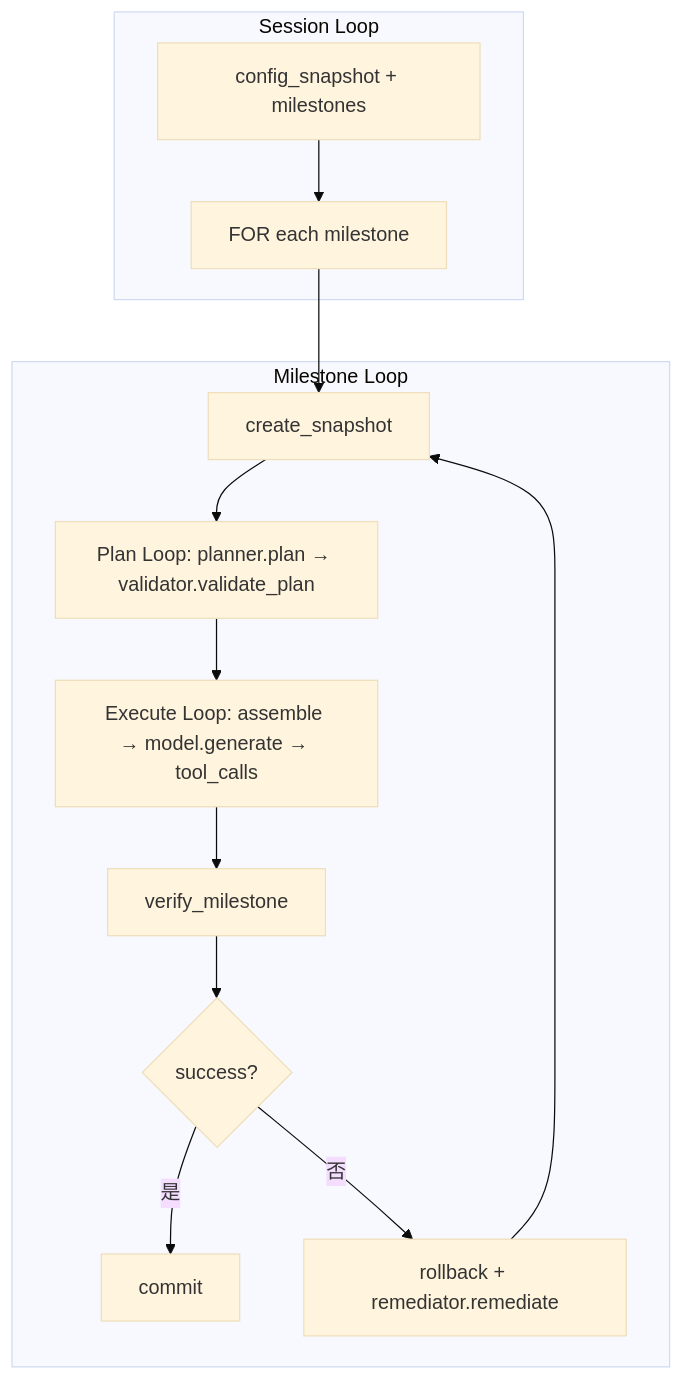
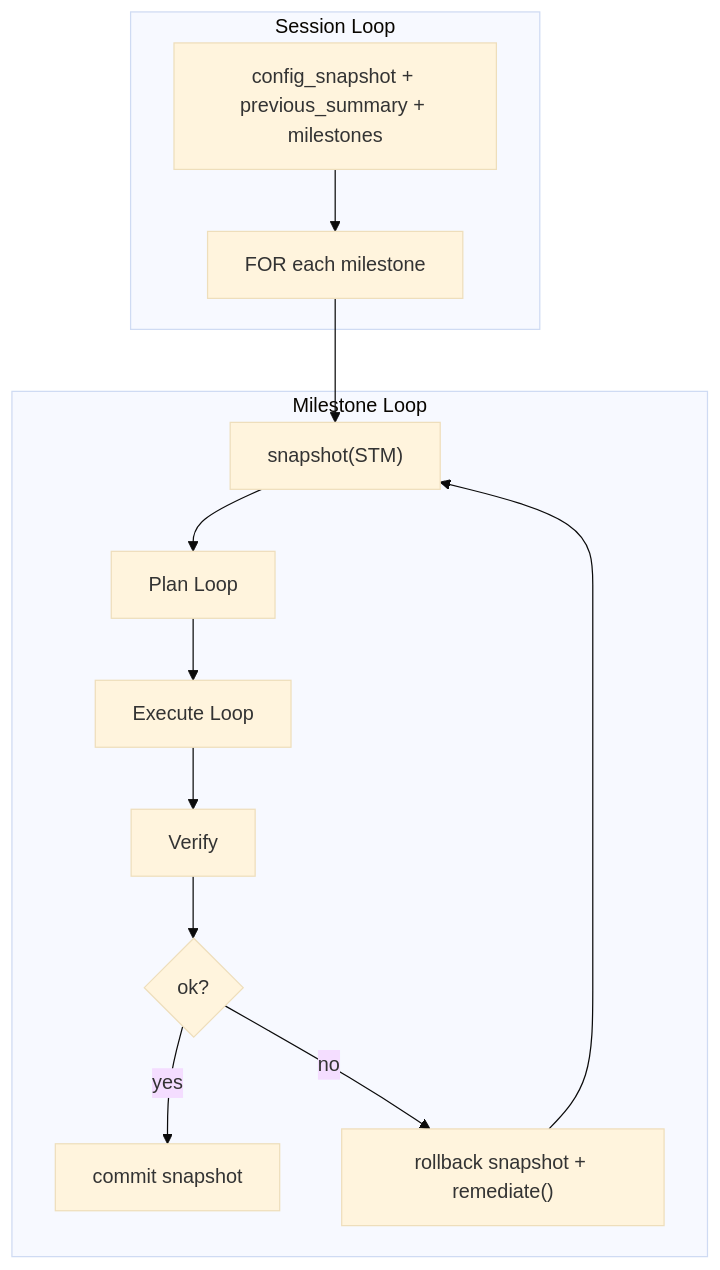
One commit to clowder-labs/Deterministic-Agent-Runtime-Engine changed the fourth of 13 diagrams in docs/DARE_FRAMEWORK_DESIGN.md. Above: the diagram before and after it, drawn with Mermaid (base theme). The commit also changed other lines of this file, not shown here.

````diff
--- a/docs/DARE_FRAMEWORK_DESIGN.md
+++ b/docs/DARE_FRAMEWORK_DESIGN.md
@@ -954,21 +163,19 @@
 ```mermaid
 flowchart TB
-    subgraph Session["Session Loop"]
-        S1["config_snapshot + milestones"]
-        S2["FOR each milestone"]
-    end
-
-    subgraph Milestone["Milestone Loop"]
-        M1["create_snapshot"]
-        M2["Plan Loop: planner.plan → validator.validate_plan"]
-        M3["Execute Loop: assemble → model.generate → tool_calls"]
-        M4["verify_milestone"]
-        M5{"success?"}
-        M6["commit"]
-        M7["rollback + remediator.remediate"]
-    end
-
-    S1 --> S2 --> M1 --> M2 --> M3 --> M4 --> M5
-    M5 -->|是| M6
-    M5 -->|否| M7 --> M1
+  subgraph L1["Session Loop"]
+    S1["config_snapshot + previous_summary + milestones"]
+    S2["FOR each milestone"]
+  end
+  subgraph L2["Milestone Loop"]
+    M1["snapshot(STM)"]
+    M2["Plan Loop"]
+    M3["Execute Loop"]
+    M4["Verify"]
+    M5{"ok?"}
+    M6["commit snapshot"]
+    M7["rollback snapshot + remediate()"]
+  end
+  S1 --> S2 --> M1 --> M2 --> M3 --> M4 --> M5
+  M5 -->|yes| M6
+  M5 -->|no| M7 --> M1
 ```
````
